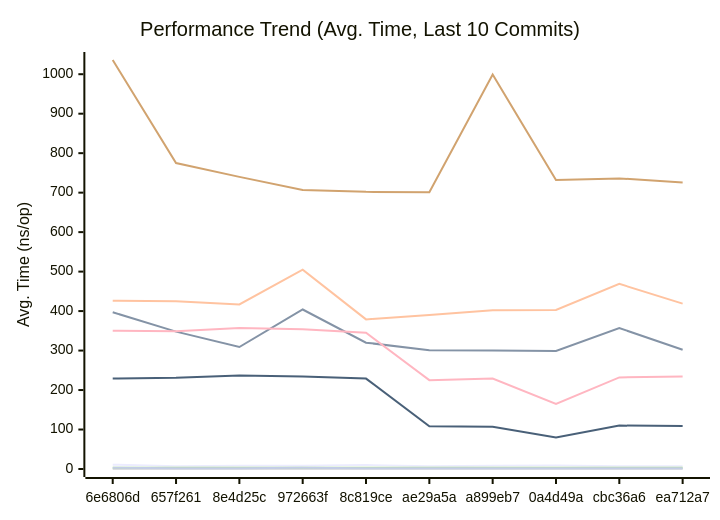
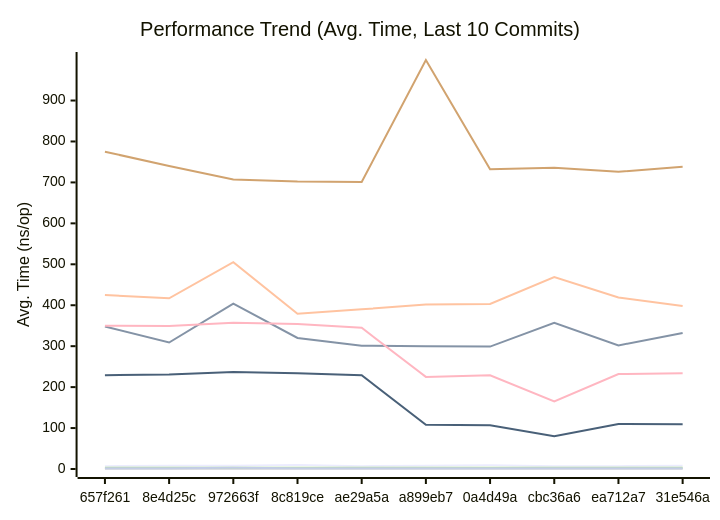
The first of 3 diagrams in docs/PERFORMANCE.md (alsotoes/momo), drawn with Mermaid before and after one commit. The commit also changed other lines of this file and 24 other files, not shown here.

````diff
--- a/docs/PERFORMANCE.md
+++ b/docs/PERFORMANCE.md
@@ -80,16 +80,16 @@
 ```mermaid
 xychart-beta
     title "Performance Trend (Avg. Time, Last 10 Commits)"
     x-axis "Commit"
     y-axis "Avg. Time (ns/op)"
-    x-axis [6e6806d,657f261,8e4d25c,972663f,8c819ce,ae29a5a,a899eb7,0a4d49a,cbc36a6,ea712a7]
-    line "CheckMetricsAndSwap" [11,7,8,8,10,7,8,9,7,7]
-    line "CrushOptimized" [397,348,309,404,320,301,300,299,357,302]
-    line "CrushOriginal" [426,425,417,505,379,390,402,403,469,419]
+    x-axis [657f261,8e4d25c,972663f,8c819ce,ae29a5a,a899eb7,0a4d49a,cbc36a6,ea712a7,31e546a]
+    line "CheckMetricsAndSwap" [7,8,8,10,7,8,9,7,7,8]
+    line "CrushOptimized" [348,309,404,320,301,300,299,357,302,332]
+    line "CrushOriginal" [425,417,505,379,390,402,403,469,419,398]
     line "IndexDirectTracking" [0,0,0,0,0,0,0,0,0,0]
     line "IndexSearch" [3,3,3,3,3,3,3,3,3,3]
-    line "LoadGlobalConfig" [1036,775,740,707,702,701,999,732,736,726]
-    line "PadString" [3,2,2,3,2,2,2,2,2,2]
+    line "LoadGlobalConfig" [775,740,707,702,701,999,732,736,726,738]
+    line "PadString" [2,2,3,2,2,2,2,2,2,2]
     line "ParseReplicationOrder_NoPrealloc" [350,349,357,354,345,225,229,165,232,234]
     line "ParseReplicationOrder_Prealloc" [229,231,237,234,229,108,107,80,110,109]
 ```
````
